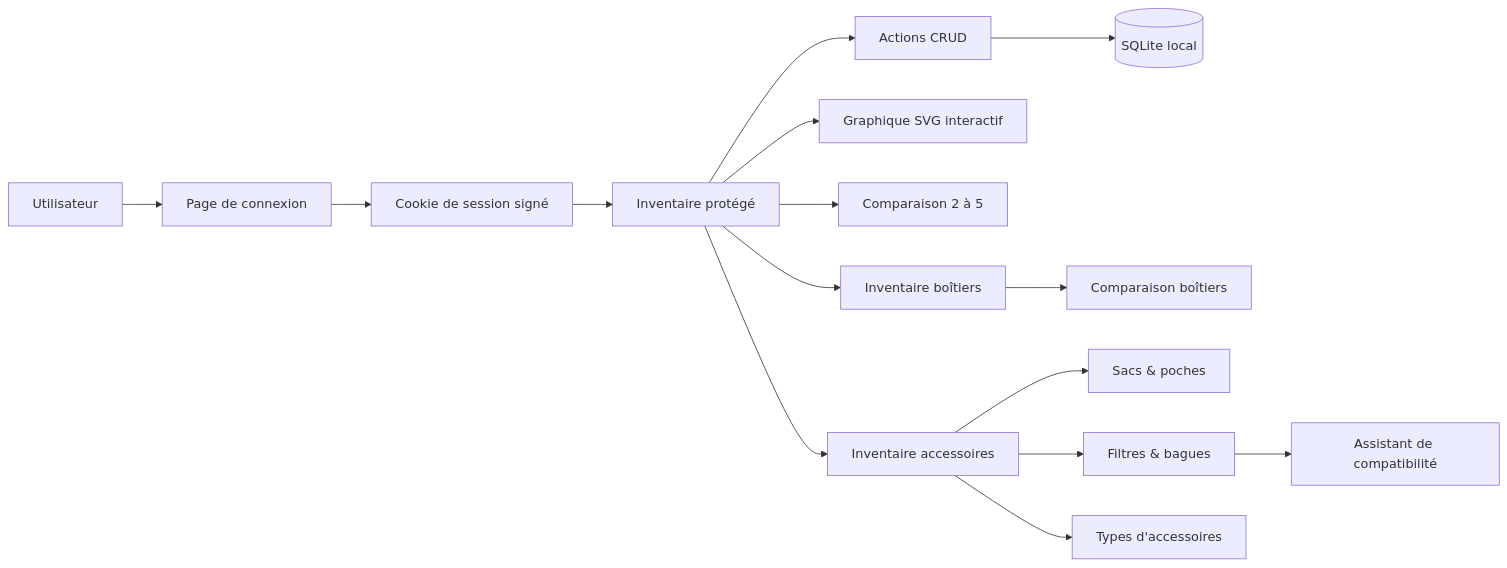
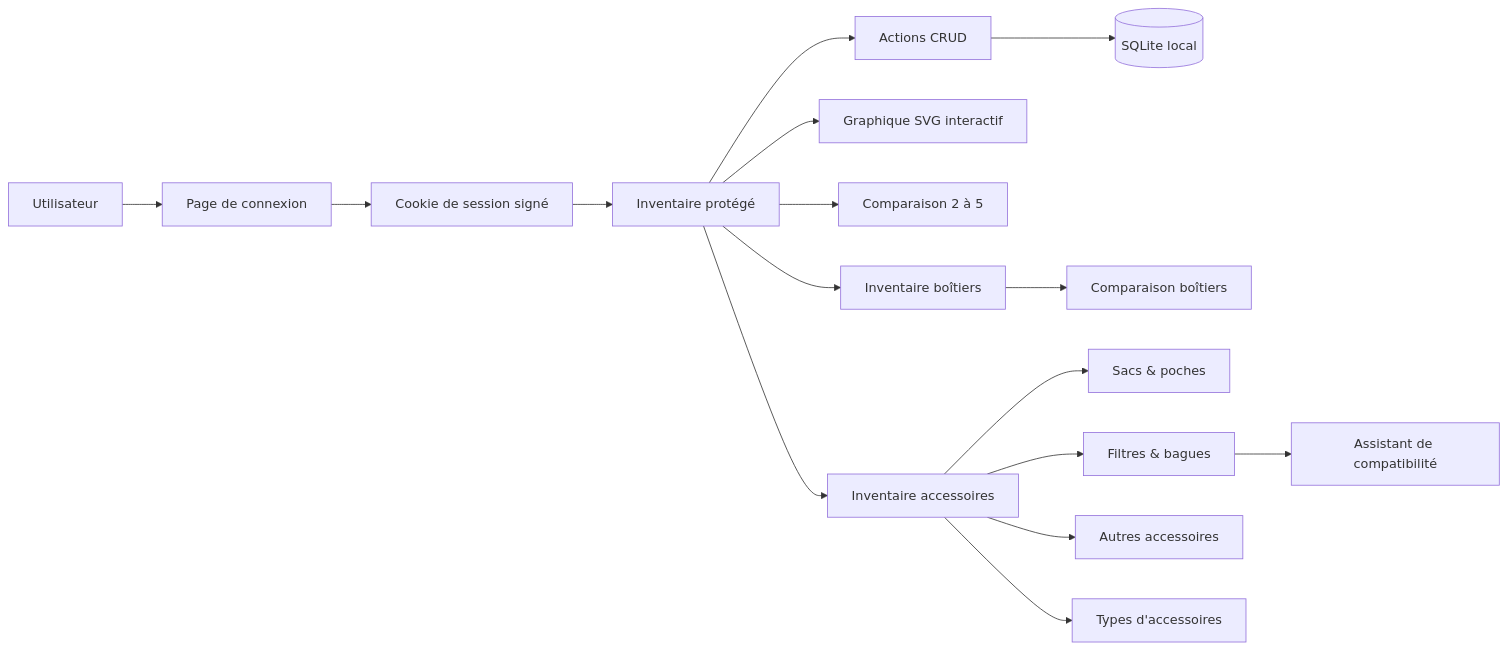
One commit to ThibaultAuge/PhotoPark changed the first of 2 diagrams in README.md. Above: the diagram before and after it, drawn with Mermaid. The commit also changed other lines of this file and 30 other files, not shown here.

````diff
--- a/README.md
+++ b/README.md
@@ -39,17 +39,18 @@
 ```mermaid
 flowchart LR
     User[Utilisateur] --> Login[Page de connexion]
     Login --> Session[Cookie de session signé]
     Session --> App[Inventaire protégé]
     App --> CRUD[Actions CRUD]
     CRUD --> SQLite[(SQLite local)]
     App --> Chart[Graphique SVG interactif]
     App --> Compare[Comparaison 2 à 5]
     App --> Bodies[Inventaire boîtiers]
     App --> Accessories[Inventaire accessoires]
     Bodies --> BodyCompare[Comparaison boîtiers]
     Accessories --> Bags[Sacs & poches]
     Accessories --> Filters[Filtres & bagues]
     Filters --> Assembly[Assistant de compatibilité]
+    Accessories --> Others[Autres accessoires]
     Accessories --> AccessorySettings[Types d'accessoires]
 ```
````
